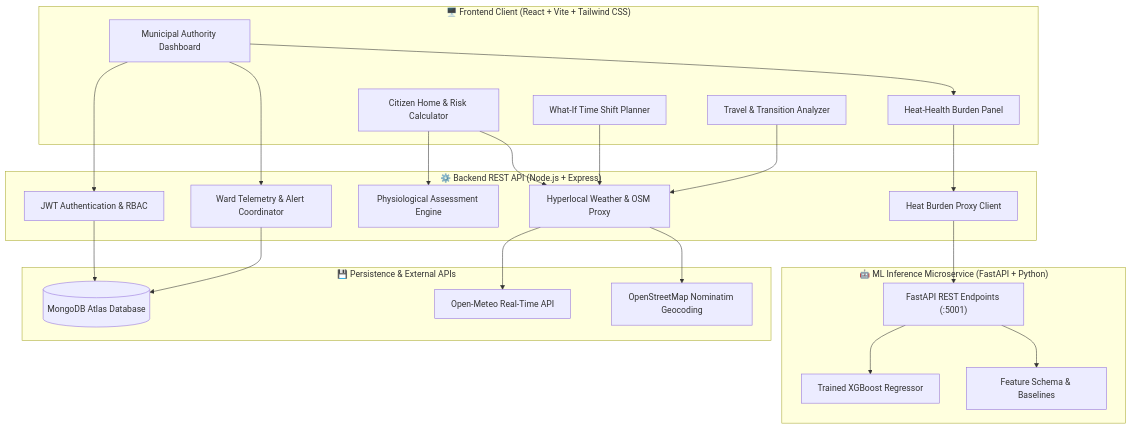
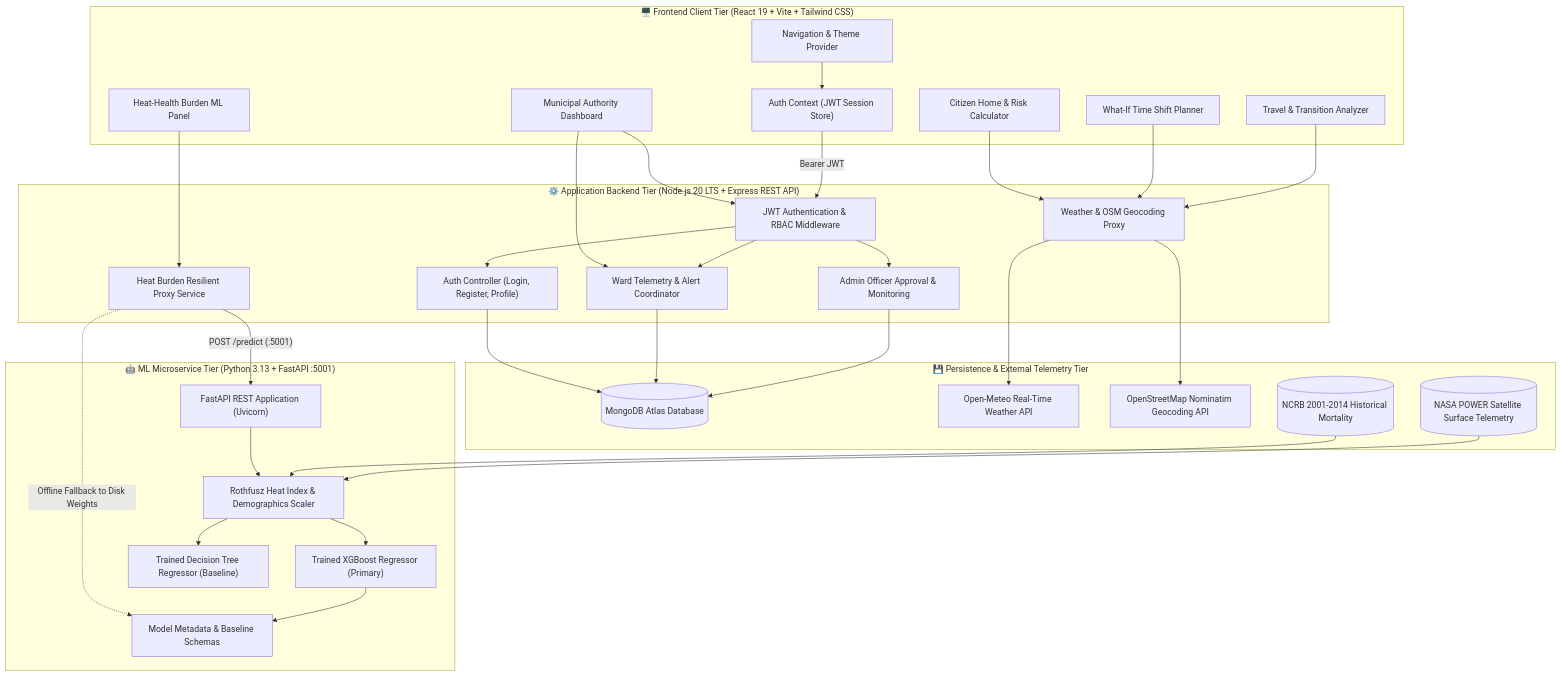
One commit to Aadityasingh0709/taap-chetna changed the first of 4 diagrams in README.md. Above: the diagram before and after it, drawn with Mermaid. The commit also changed other lines of this file, not shown here.

Commit message:
docs: upgrade README to comprehensive, pitch-ready standard with multi-tier architecture diagrams, ML pipeline specs, and demo scripts

````diff
--- a/README.md
+++ b/README.md
@@ -29,47 +96,66 @@
 ```mermaid
 graph TD
-    subgraph Client ["🖥️ Frontend Client (React + Vite + Tailwind CSS)"]
+    subgraph ClientTier ["🖥️ Frontend Client Tier (React 19 + Vite + Tailwind CSS)"]
+        UI_NAV["Navigation & Theme Provider"]
         UI_HOME["Citizen Home & Risk Calculator"]
         UI_WHATIF["What-If Time Shift Planner"]
         UI_TRAVEL["Travel & Transition Analyzer"]
         UI_ADMIN["Municipal Authority Dashboard"]
-        UI_ML["Heat-Health Burden Panel"]
+        UI_BURDEN["Heat-Health Burden ML Panel"]
+        AUTH_CTX["Auth Context (JWT Session Store)"]
     end
 
-    subgraph Server ["⚙️ Backend REST API (Node.js + Express)"]
-        API_AUTH["JWT Authentication & RBAC"]
-        API_WEATHER["Hyperlocal Weather & OSM Proxy"]
-        API_RISK["Physiological Assessment Engine"]
-        API_WARD["Ward Telemetry & Alert Coordinator"]
-        SVC_ML["Heat Burden Proxy Client"]
+    subgraph GatewayTier ["⚙️ Application Backend Tier (Node.js 20 LTS + Express REST API)"]
+        AUTH_MID["JWT Authentication & RBAC Middleware"]
+        AUTH_CTRL["Auth Controller (Login, Register, Profile)"]
+        WEATHER_CTRL["Weather & OSM Geocoding Proxy"]
+        WARD_CTRL["Ward Telemetry & Alert Coordinator"]
+        ADMIN_CTRL["Admin Officer Approval & Monitoring"]
+        ML_PROXY["Heat Burden Resilient Proxy Service"]
     end
 
-    subgraph MLEngine ["🤖 ML Inference Microservice (FastAPI + Python)"]
-        ML_API["FastAPI REST Endpoints (:5001)"]
-        ML_MODEL["Trained XGBoost Regressor"]
-        ML_SCHEMA["Feature Schema & Baselines"]
+    subgraph MLTier ["🤖 ML Microservice Tier (Python 3.13 + FastAPI :5001)"]
+        FAST_API["FastAPI REST Application (Uvicorn)"]
+        XGB_ENGINE["Trained XGBoost Regressor (Primary)"]
+        DT_ENGINE["Trained Decision Tree Regressor (Baseline)"]
+        FEATURE_ENG["Rothfusz Heat Index & Demographics Scaler"]
+        METADATA_STORE["Model Metadata & Baseline Schemas"]
     end
 
-    subgraph DataTier ["💾 Persistence & External APIs"]
+    subgraph DataTier ["💾 Persistence & External Telemetry Tier"]
         DB_MONGO[("MongoDB Atlas Database")]
-        EXT_METEO["Open-Meteo Real-Time API"]
-        EXT_OSM["OpenStreetMap Nominatim Geocoding"]
+        EXT_METEO["Open-Meteo Real-Time Weather API"]
+        EXT_OSM["OpenStreetMap Nominatim Geocoding API"]
+        DATA_NCRB[("NCRB 2001-2014 Historical Mortality")]
+        DATA_NASA[("NASA POWER Satellite Surface Telemetry")]
     end
 
-    UI_HOME --> API_WEATHER
-    UI_HOME --> API_RISK
-    UI_WHATIF --> API_WEATHER
-    UI_TRAVEL --> API_WEATHER
-    UI_ADMIN --> API_AUTH
-    UI_ADMIN --> API_WARD
-    UI_ADMIN --> UI_ML
-    UI_ML --> SVC_ML
+    UI_HOME --> WEATHER_CTRL
+    UI_WHATIF --> WEATHER_CTRL
+    UI_TRAVEL --> WEATHER_CTRL
+    UI_ADMIN --> AUTH_MID
+    UI_ADMIN --> WARD_CTRL
+    UI_BURDEN --> ML_PROXY
+    UI_NAV --> AUTH_CTX
+    AUTH_CTX -- "Bearer JWT" --> AUTH_MID
 
-    API_AUTH --> DB_MONGO
-    API_WARD --> DB_MONGO
-    API_WEATHER --> EXT_METEO
-    API_WEATHER --> EXT_OSM
-    SVC_ML --> ML_API
-    ML_API --> ML_MODEL
-    ML_API --> ML_SCHEMA
+    AUTH_MID --> AUTH_CTRL
+    AUTH_MID --> ADMIN_CTRL
+    AUTH_MID --> WARD_CTRL
+    WEATHER_CTRL --> EXT_METEO
+    WEATHER_CTRL --> EXT_OSM
+
+    AUTH_CTRL --> DB_MONGO
+    WARD_CTRL --> DB_MONGO
+    ADMIN_CTRL --> DB_MONGO
+
+    ML_PROXY -- "POST /predict (:5001)" --> FAST_API
+    ML_PROXY -. "Offline Fallback to Disk Weights" .-> METADATA_STORE
+    FAST_API --> FEATURE_ENG
+    FEATURE_ENG --> XGB_ENGINE
+    FEATURE_ENG --> DT_ENGINE
+    XGB_ENGINE --> METADATA_STORE
+
+    DATA_NCRB --> FEATURE_ENG
+    DATA_NASA --> FEATURE_ENG
 ```
````
